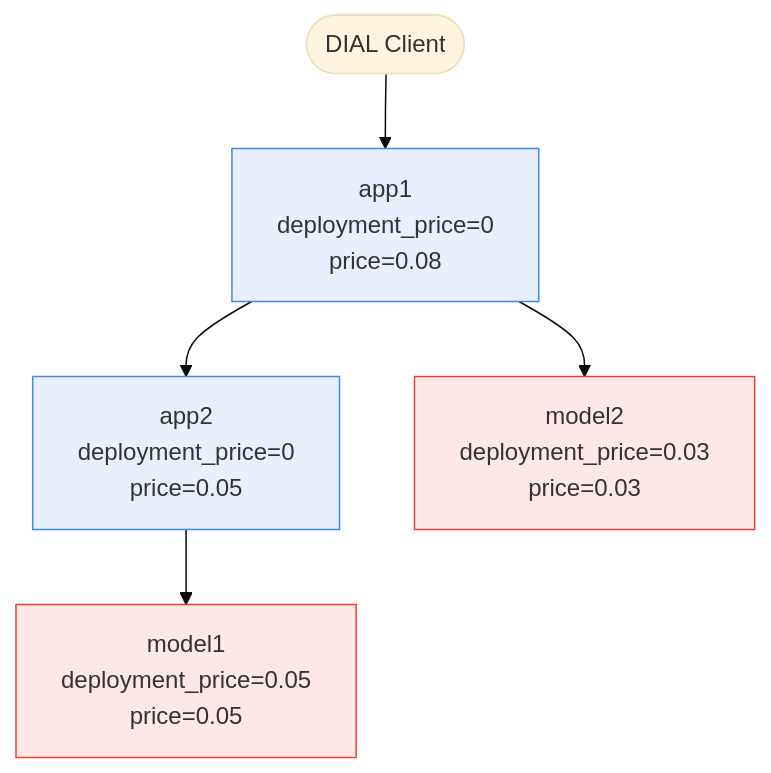
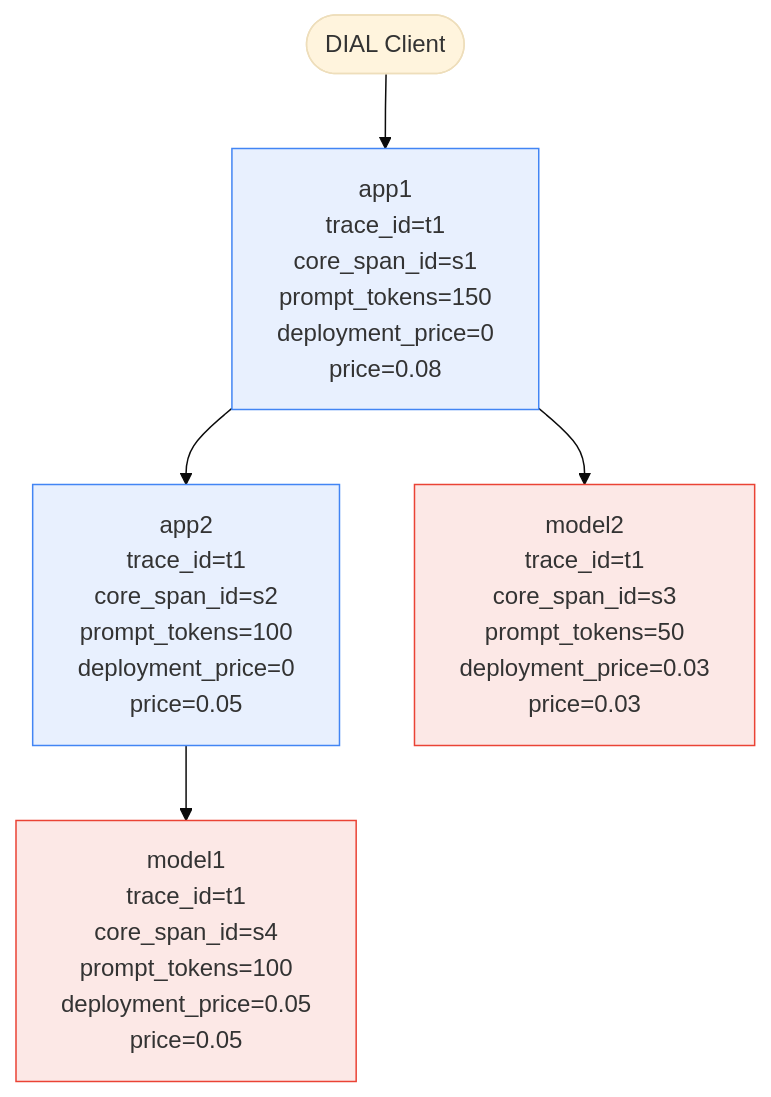
The second of 2 diagrams in README.md (epam/ai-dial-analytics-realtime), drawn with Mermaid (base theme) before and after one commit. The commit also changed other lines of this file, not shown here.

Commit message:
chore: correct README on token usage for DIAL applications
DIAL Core injects cumulative token usage for DIAL applications (sum over
the call subtree), so the note claiming tokens are meaningless for
applications was wrong. Remove it and instead show trace_id, core_span_id
and prompt_tokens (a *_tokens example) on the price diagram.

````diff
--- a/README.md
+++ b/README.md
@@ -100,12 +100,12 @@
 ```mermaid
 graph TD
-    client([DIAL Client]) --> app1["app1<br/>deployment_price=0<br/>price=0.08"]
-    app1 --> app2["app2<br/>deployment_price=0<br/>price=0.05"]
-    app1 --> model2["model2<br/>deployment_price=0.03<br/>price=0.03"]
-    app2 --> model1["model1<br/>deployment_price=0.05<br/>price=0.05"]
+    client([DIAL Client]) --> app1["app1<br/>trace_id=t1<br/>core_span_id=s1<br/>prompt_tokens=150<br/>deployment_price=0<br/>price=0.08"]
+    app1 --> app2["app2<br/>trace_id=t1<br/>core_span_id=s2<br/>prompt_tokens=100<br/>deployment_price=0<br/>price=0.05"]
+    app1 --> model2["model2<br/>trace_id=t1<br/>core_span_id=s3<br/>prompt_tokens=50<br/>deployment_price=0.03<br/>price=0.03"]
+    app2 --> model1["model1<br/>trace_id=t1<br/>core_span_id=s4<br/>prompt_tokens=100<br/>deployment_price=0.05<br/>price=0.05"]
 
     classDef app fill:#e8f0fe,stroke:#4285f4;
     classDef model fill:#fce8e6,stroke:#ea4335;
     class app1,app2 app;
     class model1,model2 model;
 ```
````
